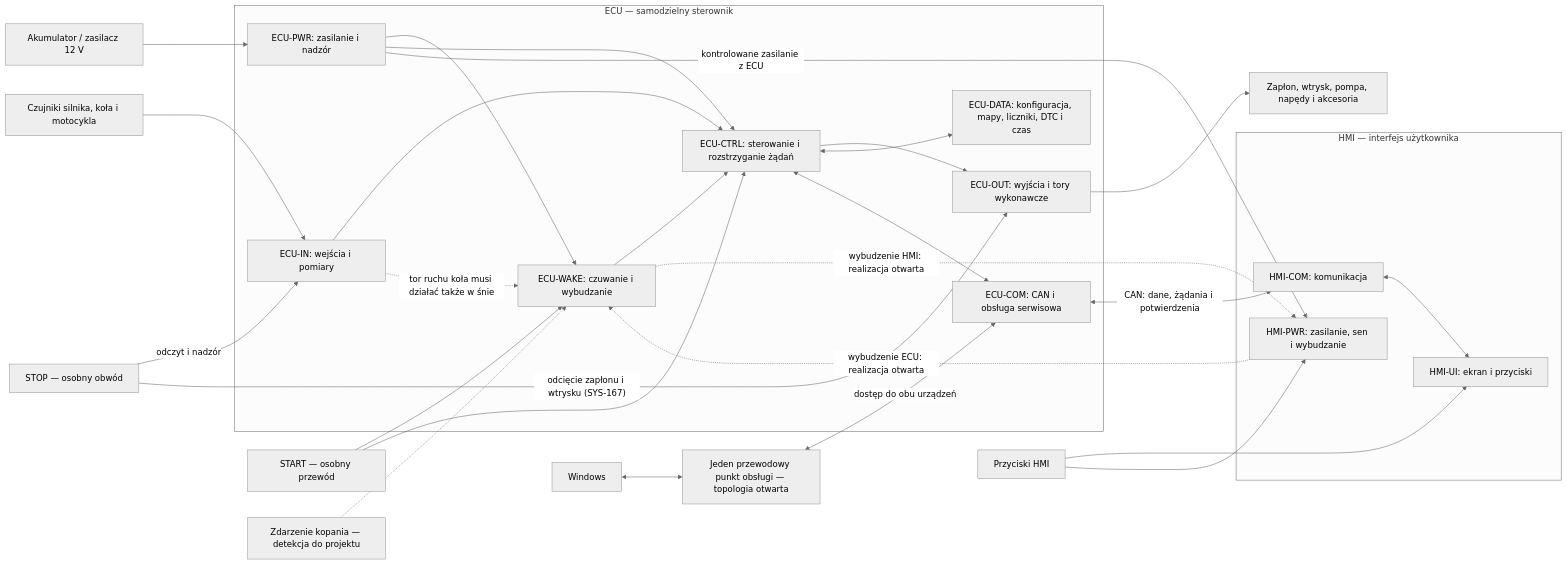
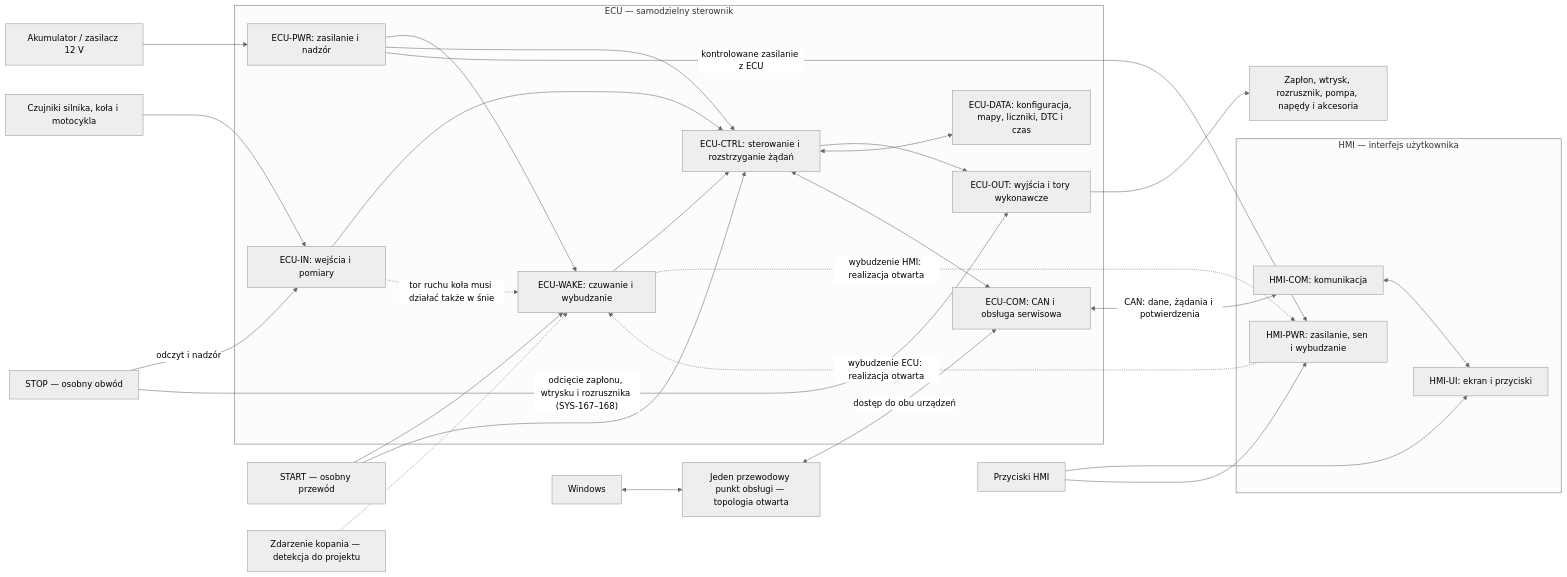
The diagram in docs/architecture/blokowa-systemu.md (DustWorx/DustWorx-DustONE), drawn with Mermaid (neutral theme) before and after one commit. The commit also changed other lines of this file and 13 other files, not shown here.

Commit message:
docs(f03): odłączenie rozrusznika przez STOP przy zawieszeniu

````diff
--- a/docs/architecture/blokowa-systemu.md
+++ b/docs/architecture/blokowa-systemu.md
@@ -9,48 +9,48 @@
 ```mermaid
 flowchart LR
     BAT["Akumulator / zasilacz 12 V"]
     SENS["Czujniki silnika, koła i motocykla"]
-    ACT["Zapłon, wtrysk, pompa, napędy i akcesoria"]
+    ACT["Zapłon, wtrysk, rozrusznik, pompa, napędy i akcesoria"]
     START["START — osobny przewód"]
     STOP["STOP — osobny obwód"]
     KICK["Zdarzenie kopania — detekcja do projektu"]
     BUTTON["Przyciski HMI"]
     PC["Windows"]
     SERVICE["Jeden przewodowy punkt obsługi — topologia otwarta"]
     subgraph ECU["ECU — samodzielny sterownik"]
         PWR["ECU-PWR: zasilanie i nadzór"]
         WAKE["ECU-WAKE: czuwanie i wybudzanie"]
         IN["ECU-IN: wejścia i pomiary"]
         CTRL["ECU-CTRL: sterowanie i rozstrzyganie żądań"]
         OUT["ECU-OUT: wyjścia i tory wykonawcze"]
         DATA["ECU-DATA: konfiguracja, mapy, liczniki, DTC i czas"]
         COM["ECU-COM: CAN i obsługa serwisowa"]
     end
     subgraph HMI["HMI — interfejs użytkownika"]
         HP["HMI-PWR: zasilanie, sen i wybudzanie"]
         UI["HMI-UI: ekran i przyciski"]
         HC["HMI-COM: komunikacja"]
     end
     BAT --> PWR
     PWR --> WAKE
     PWR --> CTRL
     PWR -->|"kontrolowane zasilanie z ECU"| HP
     SENS --> IN --> CTRL --> OUT --> ACT
     START --> WAKE
     START --> CTRL
     STOP -->|"odczyt i nadzór"| IN
-    STOP -->|"odcięcie zapłonu i wtrysku (SYS-167)"| OUT
+    STOP -->|"odcięcie zapłonu, wtrysku i rozrusznika (SYS-167–168)"| OUT
     KICK -.-> WAKE
     IN -.->|"tor ruchu koła musi działać także w śnie"| WAKE
     WAKE --> CTRL
     CTRL <--> DATA
     CTRL <--> COM
     COM <-->|"CAN: dane, żądania i potwierdzenia"| HC
     HC <--> UI
     BUTTON --> UI
     BUTTON --> HP
     HP -.->|"wybudzenie ECU: realizacja otwarta"| WAKE
     WAKE -.->|"wybudzenie HMI: realizacja otwarta"| HP
     PC <--> SERVICE
     SERVICE <-->|"dostęp do obu urządzeń"| COM
 ```
````
